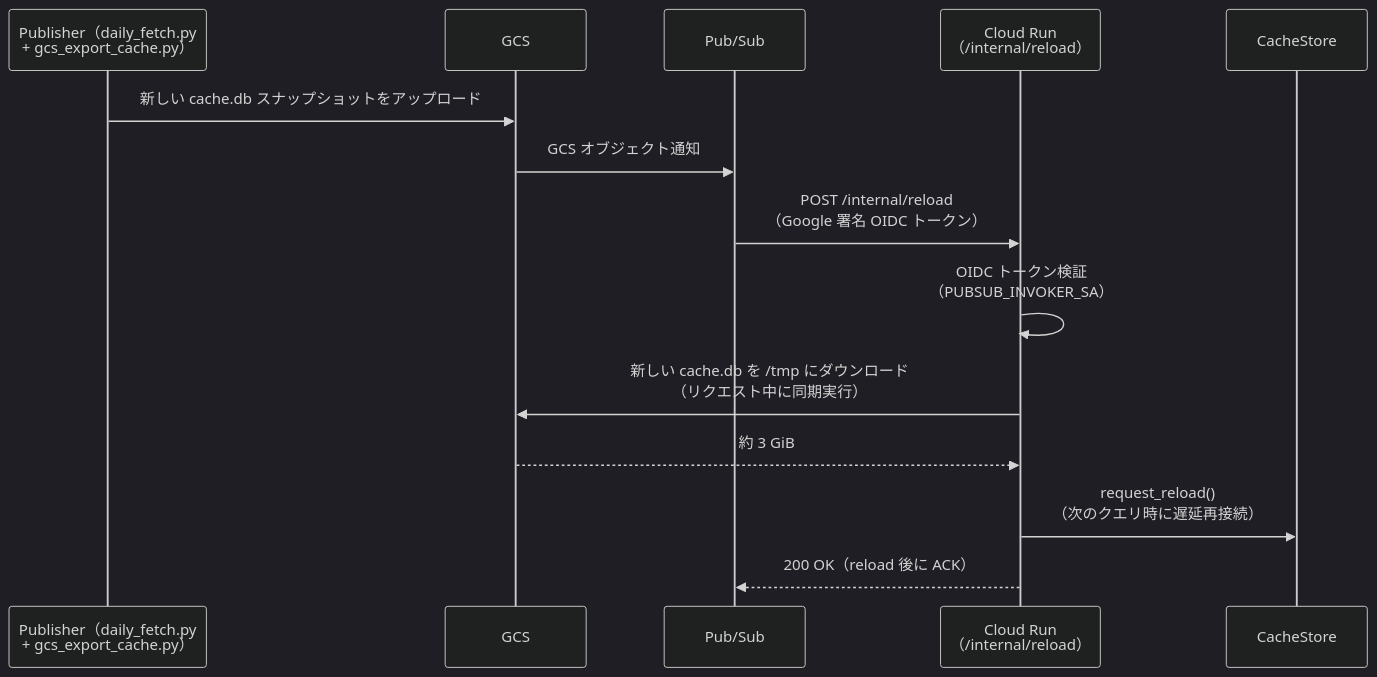
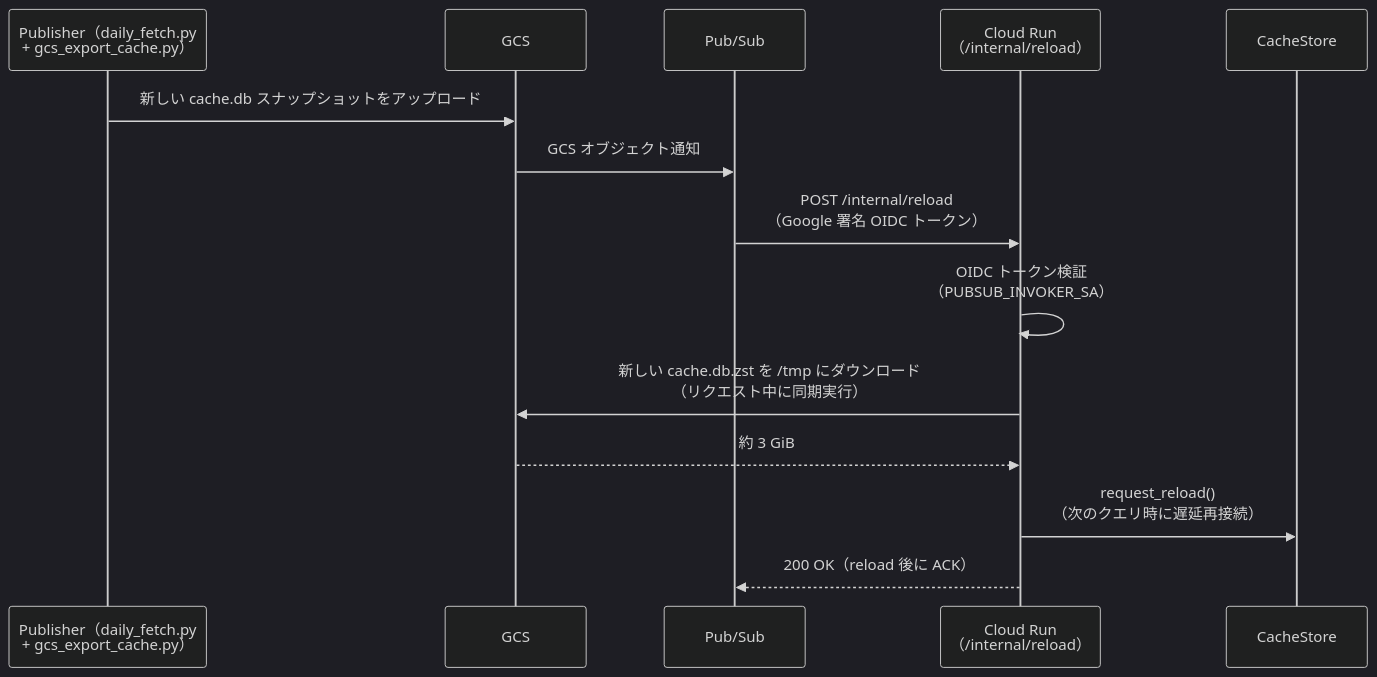
One commit to shigechika/jquants-mcp changed the third of 4 diagrams in README.ja.md. Above: the diagram before and after it, drawn with Mermaid (dark theme). The commit also changed other lines of this file and 4 other files, not shown here.

First line of the commit message:
feat(cloudrun): publish cache.db.zst (zstd) for faster cold start (#462)

````diff
--- a/README.ja.md
+++ b/README.ja.md
@@ -941,17 +942,17 @@
 ```mermaid
 sequenceDiagram
     participant P as Publisher（daily_fetch.py<br/>+ gcs_export_cache.py）
     participant G as GCS
     participant PS as Pub/Sub
     participant CR as Cloud Run<br/>（/internal/reload）
     participant C as CacheStore
 
     P->>G: 新しい cache.db スナップショットをアップロード
     G->>PS: GCS オブジェクト通知
     PS->>CR: POST /internal/reload<br/>（Google 署名 OIDC トークン）
     CR->>CR: OIDC トークン検証<br/>（PUBSUB_INVOKER_SA）
-    CR->>G: 新しい cache.db を /tmp にダウンロード<br/>（リクエスト中に同期実行）
+    CR->>G: 新しい cache.db.zst を /tmp にダウンロード<br/>（リクエスト中に同期実行）
     G-->>CR: 約 3 GiB
     CR->>C: request_reload()<br/>（次のクエリ時に遅延再接続）
     CR-->>PS: 200 OK（reload 後に ACK）
 ```
````
